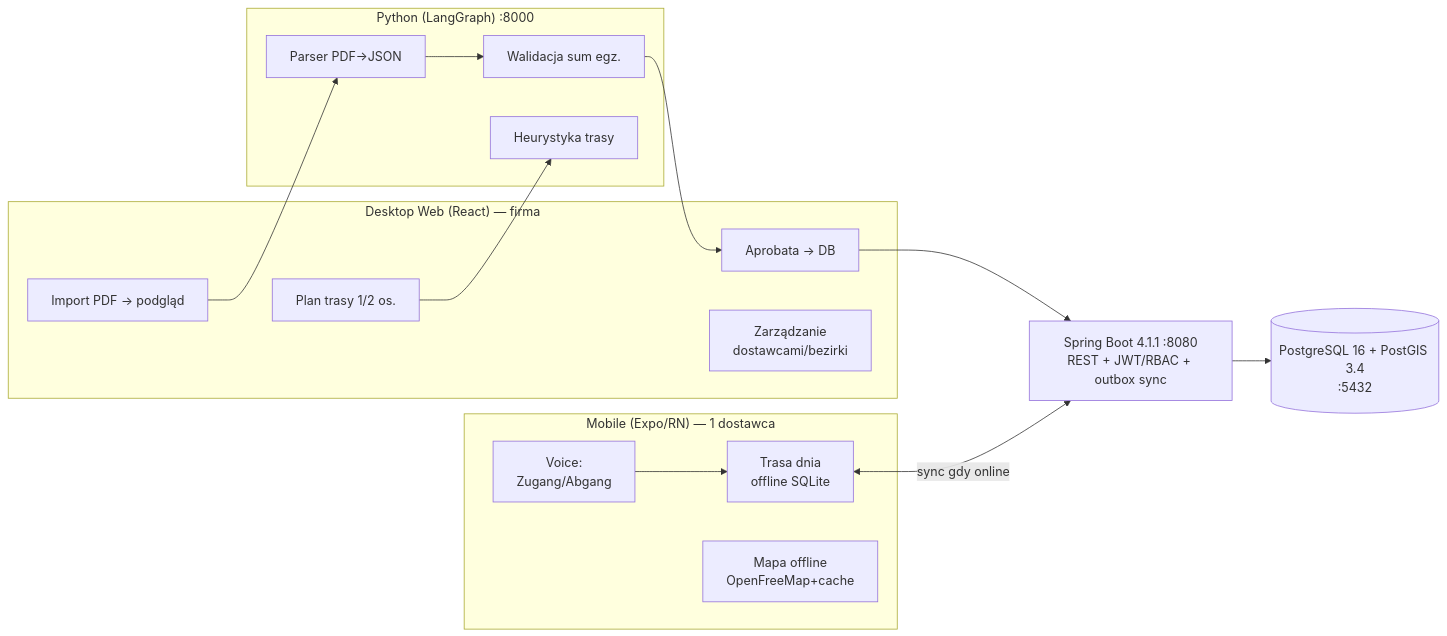
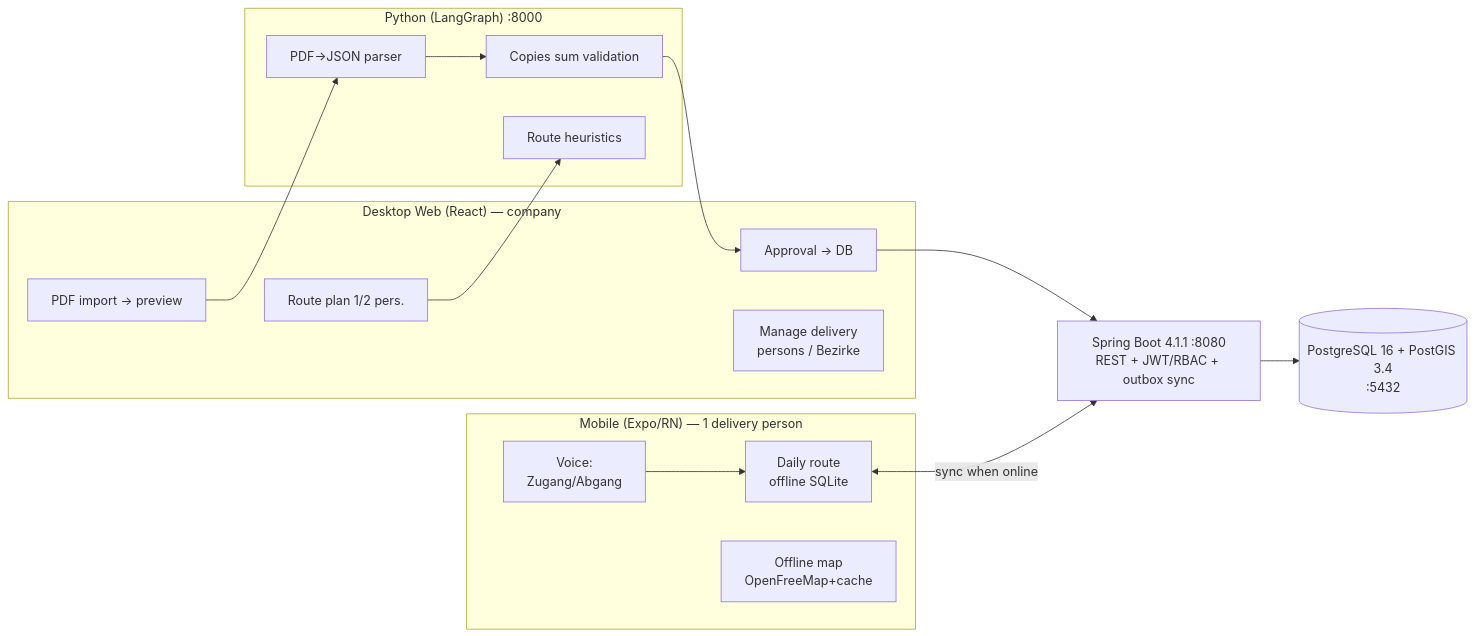
The diagram in docs/02_design/architecture.md (Robert-Sobolewski/zeitung-zusteller), drawn with Mermaid before and after one commit. The commit also changed other lines of this file and 7 other files, not shown here.

````diff
--- a/docs/02_design/architecture.md
+++ b/docs/02_design/architecture.md
@@ -17,27 +17,27 @@
 ```mermaid
 flowchart LR
-    subgraph PHONE["Mobile (Expo/RN) — 1 dostawca"]
-        P1[Trasa dnia<br/>offline SQLite]
+    subgraph PHONE["Mobile (Expo/RN) — 1 delivery person"]
+        P1[Daily route<br/>offline SQLite]
         P2[Voice:<br/>Zugang/Abgang]
-        P3[Mapa offline<br/>OpenFreeMap+cache]
+        P3[Offline map<br/>OpenFreeMap+cache]
     end
-    subgraph PC["Desktop Web (React) — firma"]
-        D1[Import PDF → podgląd]
-        D2[Aprobata → DB]
-        D3[Plan trasy 1/2 os.]
-        D4[Zarządzanie<br/>dostawcami/bezirki]
+    subgraph PC["Desktop Web (React) — company"]
+        D1[PDF import → preview]
+        D2[Approval → DB]
+        D3[Route plan 1/2 pers.]
+        D4[Manage delivery<br/>persons / Bezirke]
     end
     subgraph AI["Python (LangGraph) :8000"]
-        A1[Parser PDF→JSON]
-        A2[Walidacja sum egz.]
-        A3[Heurystyka trasy]
+        A1[PDF→JSON parser]
+        A2[Copies sum validation]
+        A3[Route heuristics]
     end
     BE["Spring Boot 4.1.1 :8080<br/>REST + JWT/RBAC + outbox sync"]
     DB[(PostgreSQL 16 + PostGIS 3.4<br/>:5432)]
     D1 --> A1 --> A2 --> D2
     D3 --> A3
     D2 --> BE
-    P1 <-->|sync gdy online| BE
+    P1 <-->|sync when online| BE
     P2 --> P1
     BE --> DB
 ```
````
